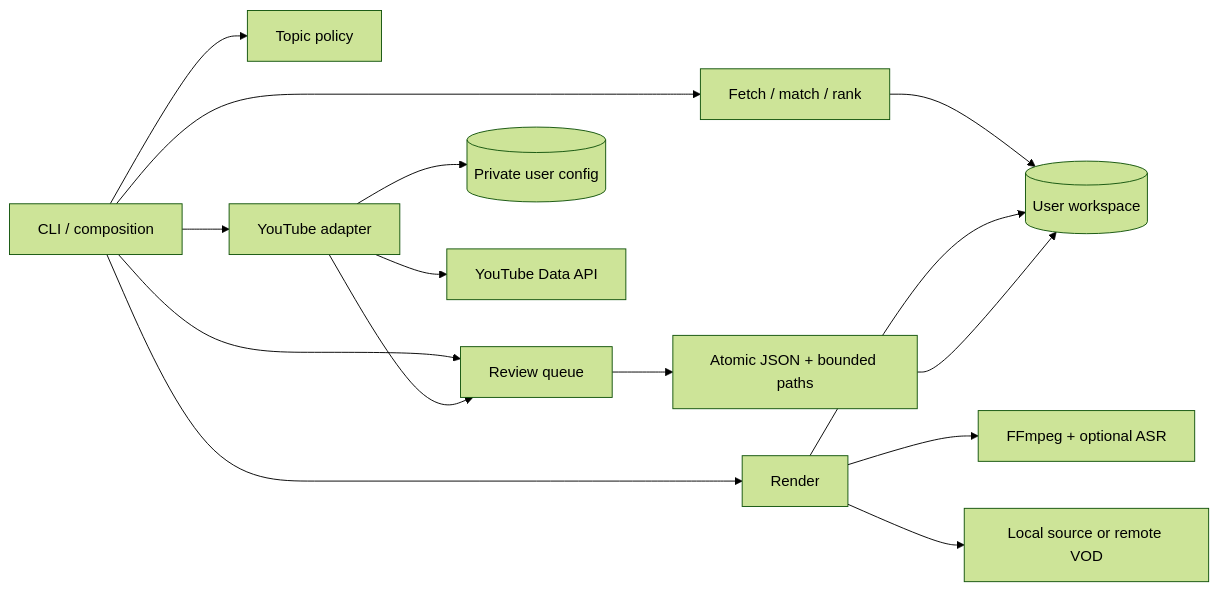
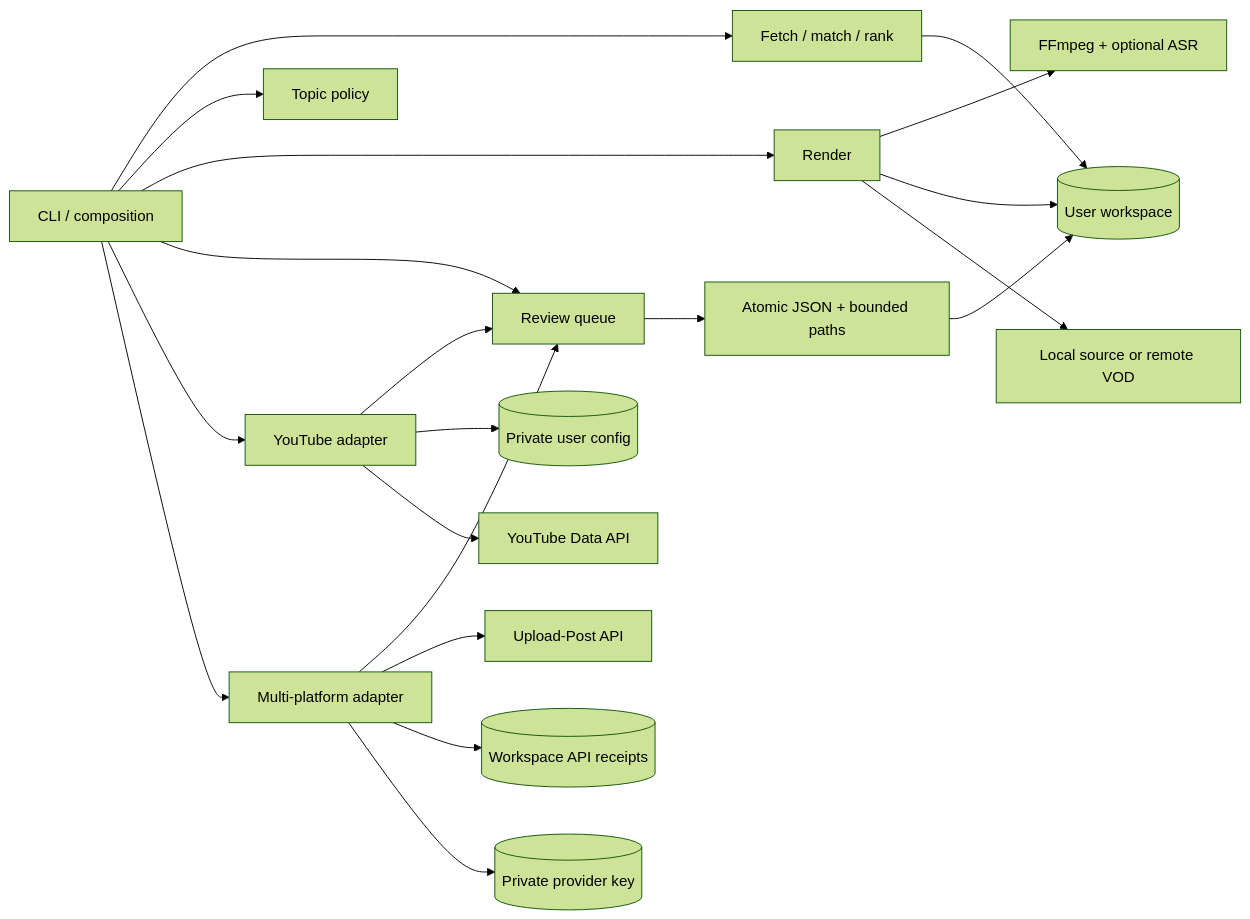
One commit to AndresGuido9820/zunara-studio changed the diagram in docs/architecture.md. Above: the diagram before and after it, drawn with Mermaid (forest theme). The commit also changed other lines of this file and 18 other files, not shown here.

First line of the commit message:
feat(publish): add multi-platform API uploads and receipts

````diff
--- a/docs/architecture.md
+++ b/docs/architecture.md
@@ -7,17 +7,22 @@
 ```mermaid
 flowchart LR
     CLI[CLI / composition] --> Analysis[Fetch / match / rank]
     CLI --> Editorial[Topic policy]
     CLI --> Render[Render]
     CLI --> Queue[Review queue]
     CLI --> YouTube[YouTube adapter]
+    CLI --> Social[Multi-platform adapter]
+    Social --> Queue
+    Social --> Provider[Upload-Post API]
+    Social --> Receipts[(Workspace API receipts)]
+    Social --> Key[(Private provider key)]
     Analysis --> Workspace[(User workspace)]
     Render --> FFmpeg[FFmpeg + optional ASR]
     Render --> Workspace
     Render --> Local[Local source or remote VOD]
     Queue --> Storage[Atomic JSON + bounded paths]
     Storage --> Workspace
     YouTube --> Queue
     YouTube --> OAuth[(Private user config)]
     YouTube --> API[YouTube Data API]
 ```
````
